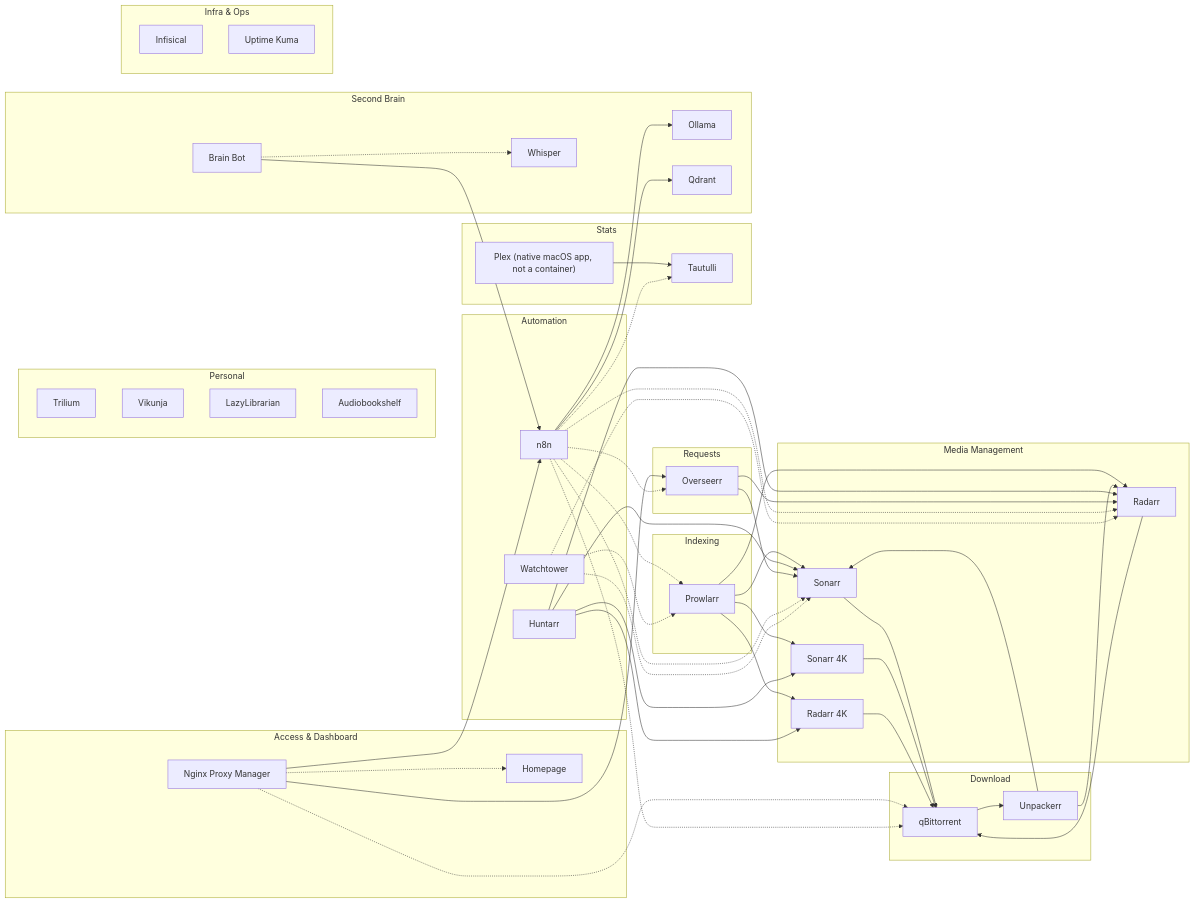
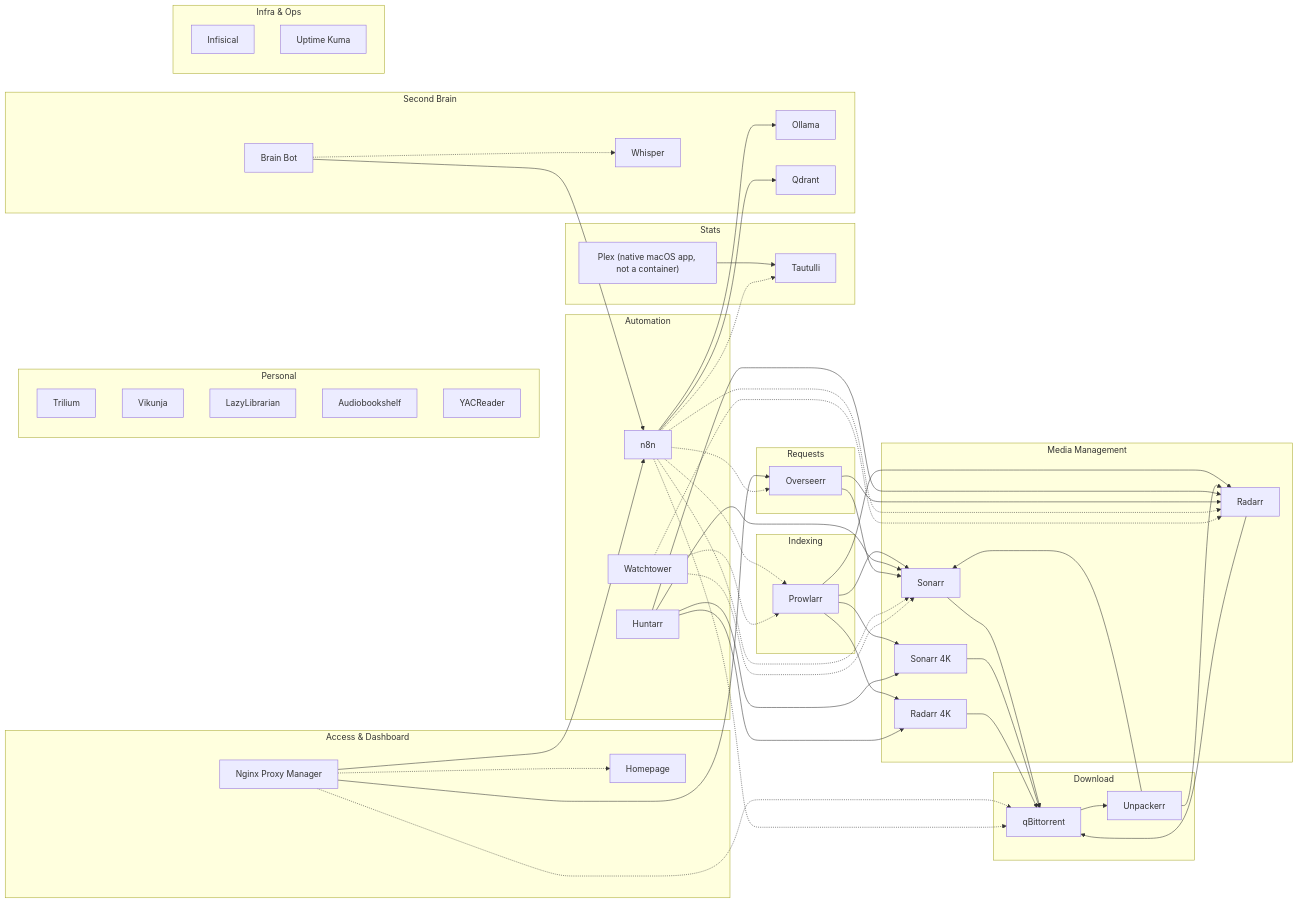
Before and after one commit to kodyparton/docker_homelab: the diagram in docs/architecture/overview.md, drawn with Mermaid. The commit also changed other lines of this file and 9 other files, not shown here.

```diff
--- a/docs/architecture/overview.md
+++ b/docs/architecture/overview.md
@@ -40,6 +40,7 @@
         Vikunja
         LazyLibrarian
         Audiobookshelf
+        YACReader
     end
     subgraph "Second Brain"
         BrainBot["Brain Bot"]
```
